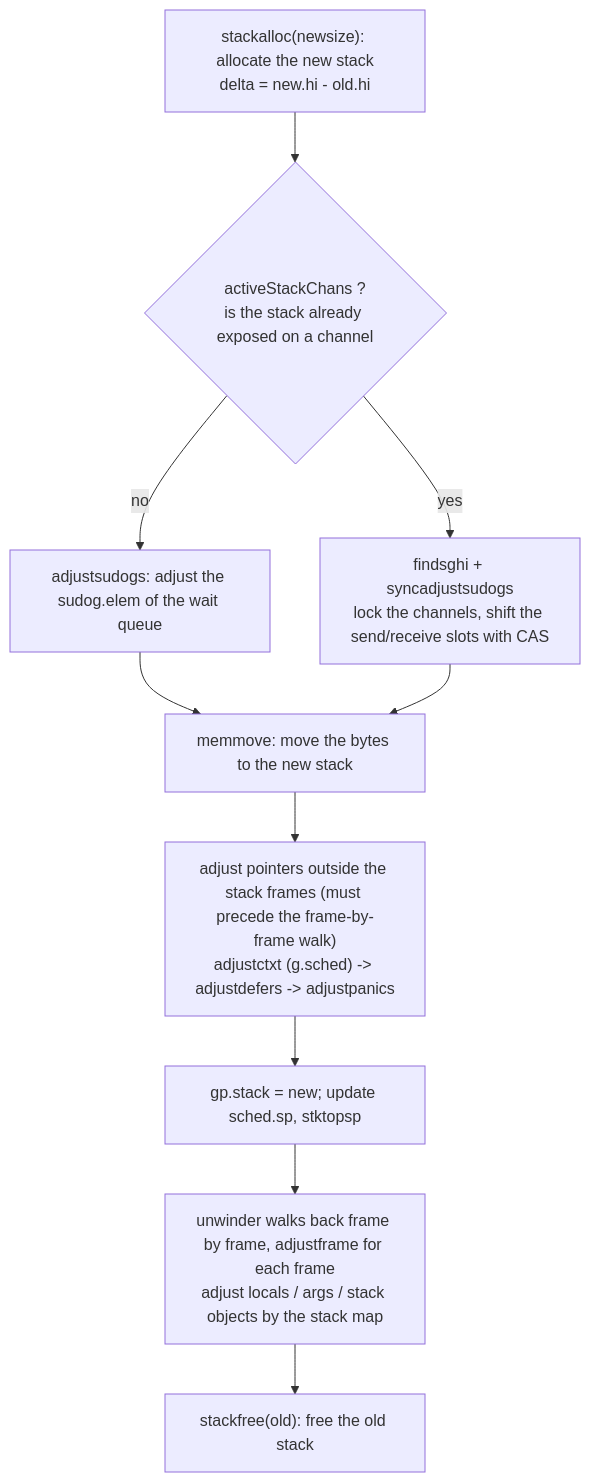
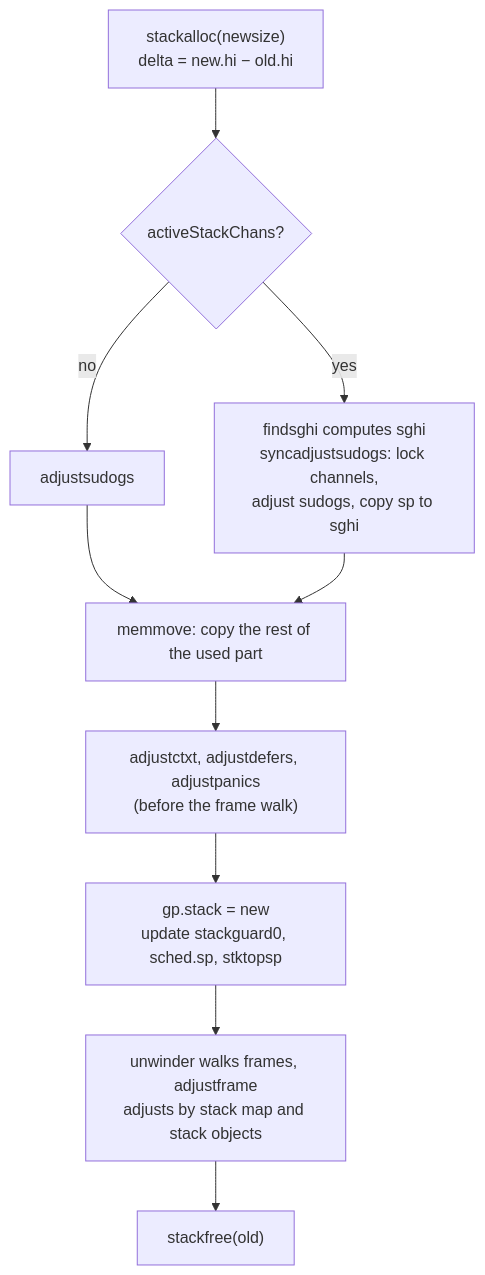
One commit to golang-design/under-the-hood changed the diagram in book/en-us/part4memory/ch14stack/copy.md. Above: the diagram before and after it, drawn with Mermaid. The commit also changed other lines of this file and 30 other files, not shown here.

````diff
--- a/book/en-us/part4memory/ch14stack/copy.md
+++ b/book/en-us/part4memory/ch14stack/copy.md
@@ -210,12 +434,12 @@
 ```mermaid
 flowchart TD
-    ALLOC["stackalloc(newsize): allocate the new stack\ndelta = new.hi - old.hi"] --> CHANS{"activeStackChans ?\nis the stack already exposed on a channel"}
-    CHANS -->|no| SUDOG["adjustsudogs: adjust the sudog.elem of the wait queue"]
-    CHANS -->|yes| SYNC["findsghi + syncadjustsudogs\nlock the channels, shift the send/receive slots with CAS"]
-    SUDOG --> MM["memmove: move the bytes to the new stack"]
-    SYNC --> MM
-    MM --> EXTRA["adjust pointers outside the stack frames (must precede the frame-by-frame walk)\nadjustctxt (g.sched) -> adjustdefers -> adjustpanics"]
-    EXTRA --> SWAP["gp.stack = new; update sched.sp, stktopsp"]
-    SWAP --> FRAMES["unwinder walks back frame by frame, adjustframe for each frame\nadjust locals / args / stack objects by the stack map"]
-    FRAMES --> FREE["stackfree(old): free the old stack"]
+    A["stackalloc(newsize)<br/>delta = new.hi − old.hi"] --> B{"activeStackChans?"}
+    B -->|"no"| C["adjustsudogs"]
+    B -->|"yes"| D["findsghi computes sghi<br/>syncadjustsudogs: lock channels,<br/>adjust sudogs, copy sp to sghi"]
+    C --> E["memmove: copy the rest of the used part"]
+    D --> E
+    E --> F["adjustctxt, adjustdefers, adjustpanics<br/>(before the frame walk)"]
+    F --> G["gp.stack = new<br/>update stackguard0, sched.sp, stktopsp"]
+    G --> H["unwinder walks frames, adjustframe<br/>adjusts by stack map and stack objects"]
+    H --> I["stackfree(old)"]
 ```
````
